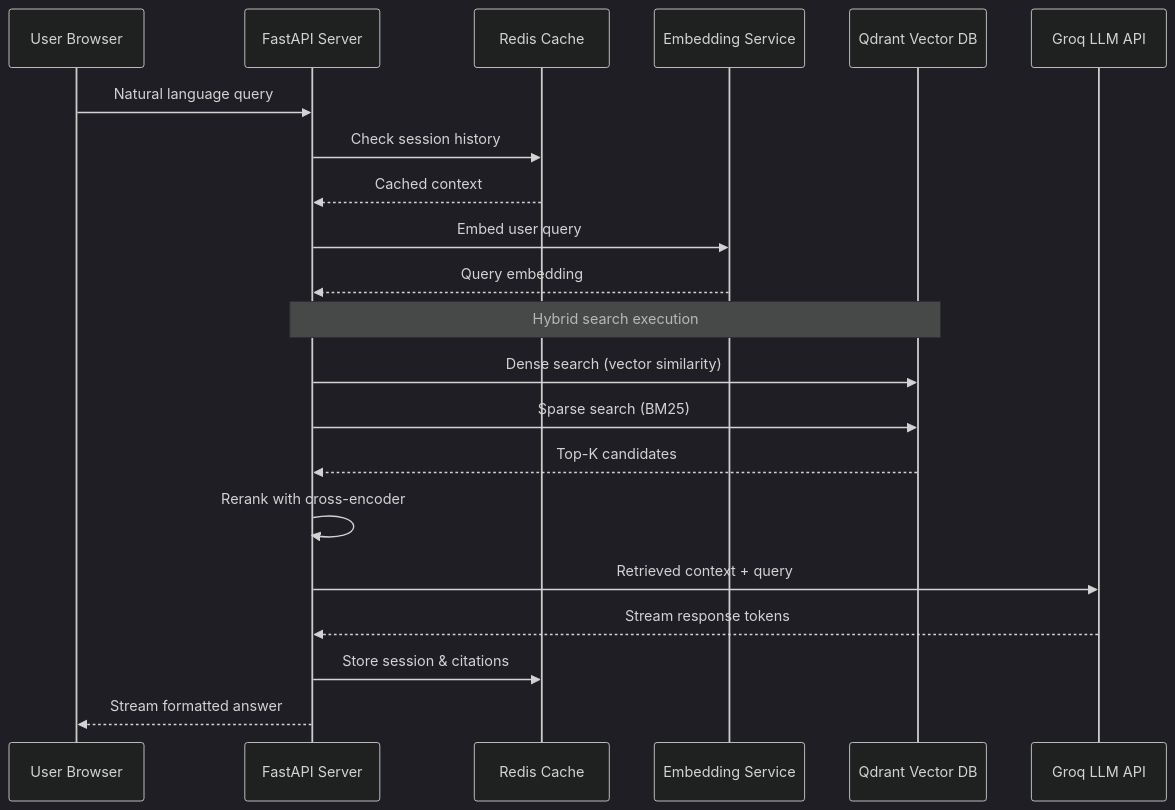
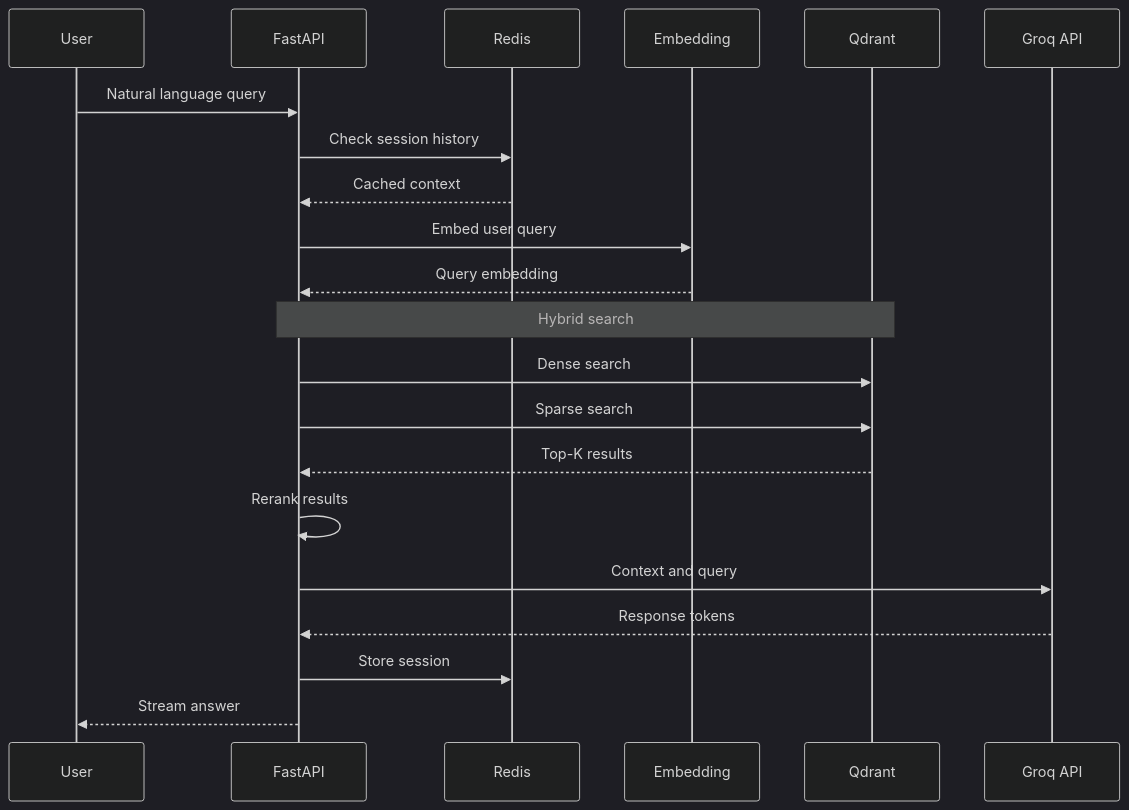
The second of 3 diagrams in readme.md (DevLikhith5/manthan), drawn with Mermaid (dark theme) before and after one commit. The commit also changed other lines of this file and 299 other files, not shown here.

Commit message:
graph rag

````diff
--- a/readme.md
+++ b/readme.md
@@ -90,29 +90,29 @@
 ```mermaid
 sequenceDiagram
-    participant User as User Browser
-    participant API as FastAPI Server
-    participant Cache as Redis Cache
-    participant Embed as Embedding Service
-    participant VectorDB as Qdrant Vector DB
-    participant LLM as Groq LLM API
+    participant User
+    participant API as FastAPI
+    participant Cache as Redis
+    participant Embed as Embedding
+    participant VectorDB as Qdrant
+    participant LLM as Groq API
     
     User->>API: Natural language query
     API->>Cache: Check session history
     Cache-->>API: Cached context
     
     API->>Embed: Embed user query
     Embed-->>API: Query embedding
     
-    Note over API,VectorDB: Hybrid search execution
-    API->>VectorDB: Dense search (vector similarity)
-    API->>VectorDB: Sparse search (BM25)
-    VectorDB-->>API: Top-K candidates
+    Note over API,VectorDB: Hybrid search
+    API->>VectorDB: Dense search
+    API->>VectorDB: Sparse search
+    VectorDB-->>API: Top-K results
     
-    API->>API: Rerank with cross-encoder
+    API->>API: Rerank results
     
-    API->>LLM: Retrieved context + query
-    LLM-->>API: Stream response tokens
+    API->>LLM: Context and query
+    LLM-->>API: Response tokens
     
-    API->>Cache: Store session & citations
-    API-->>User: Stream formatted answer
+    API->>Cache: Store session
+    API-->>User: Stream answer
 ```
````
